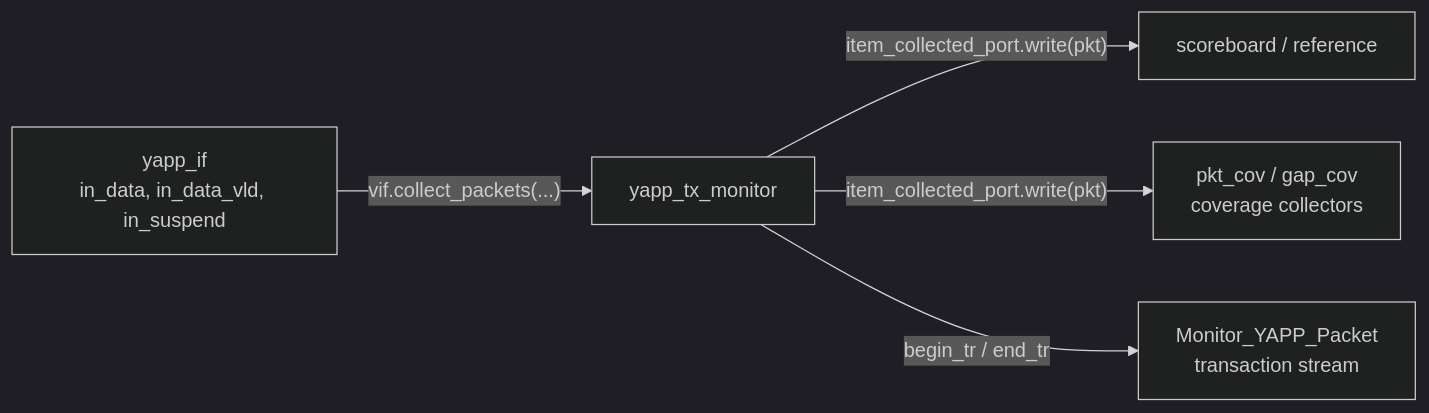
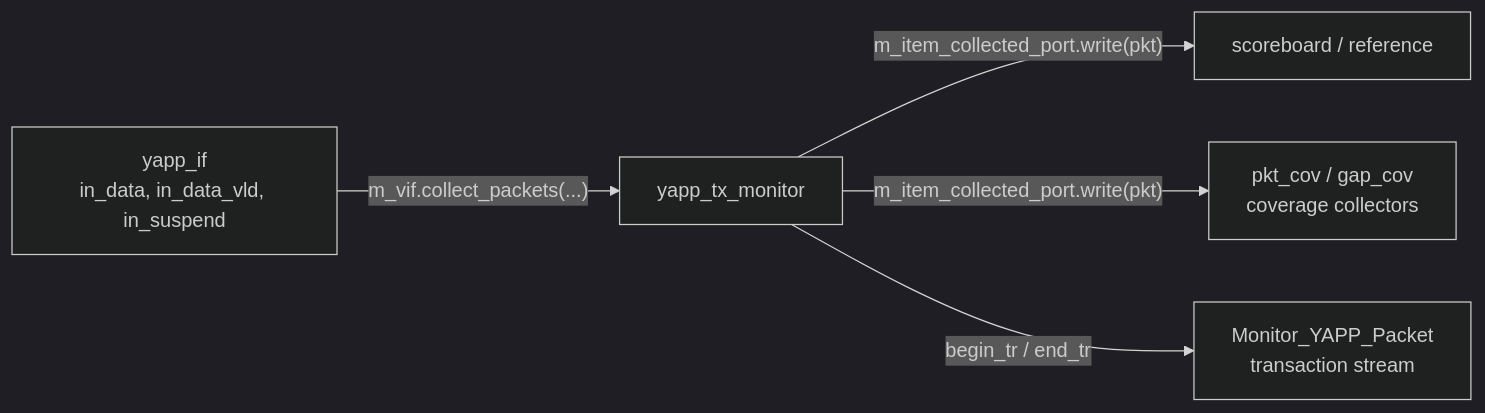
One commit to tamirgabgab/Qcom-Mentoring changed the diagram in docs/components/monitor.md. Above: the diagram before and after it, drawn with Mermaid (dark theme). The commit also changed 83 other files, not shown here.

First line of the commit message:
Site diagrams use the code's variable names

````diff
--- a/docs/components/monitor.md
+++ b/docs/components/monitor.md
@@ -11,7 +11,7 @@
 ```mermaid
 flowchart LR
-    IF["yapp_if<br/>in_data, in_data_vld, in_suspend"] -->|"vif.collect_packets(...)"| MON["yapp_tx_monitor"]
-    MON -->|"item_collected_port.write(pkt)"| SB["scoreboard / reference"]
-    MON -->|"item_collected_port.write(pkt)"| COV["pkt_cov / gap_cov<br/>coverage collectors"]
+    IF["yapp_if<br/>in_data, in_data_vld, in_suspend"] -->|"m_vif.collect_packets(...)"| MON["yapp_tx_monitor"]
+    MON -->|"m_item_collected_port.write(pkt)"| SB["scoreboard / reference"]
+    MON -->|"m_item_collected_port.write(pkt)"| COV["pkt_cov / gap_cov<br/>coverage collectors"]
     MON -->|"begin_tr / end_tr"| WAVE["Monitor_YAPP_Packet<br/>transaction stream"]
 ```
````
